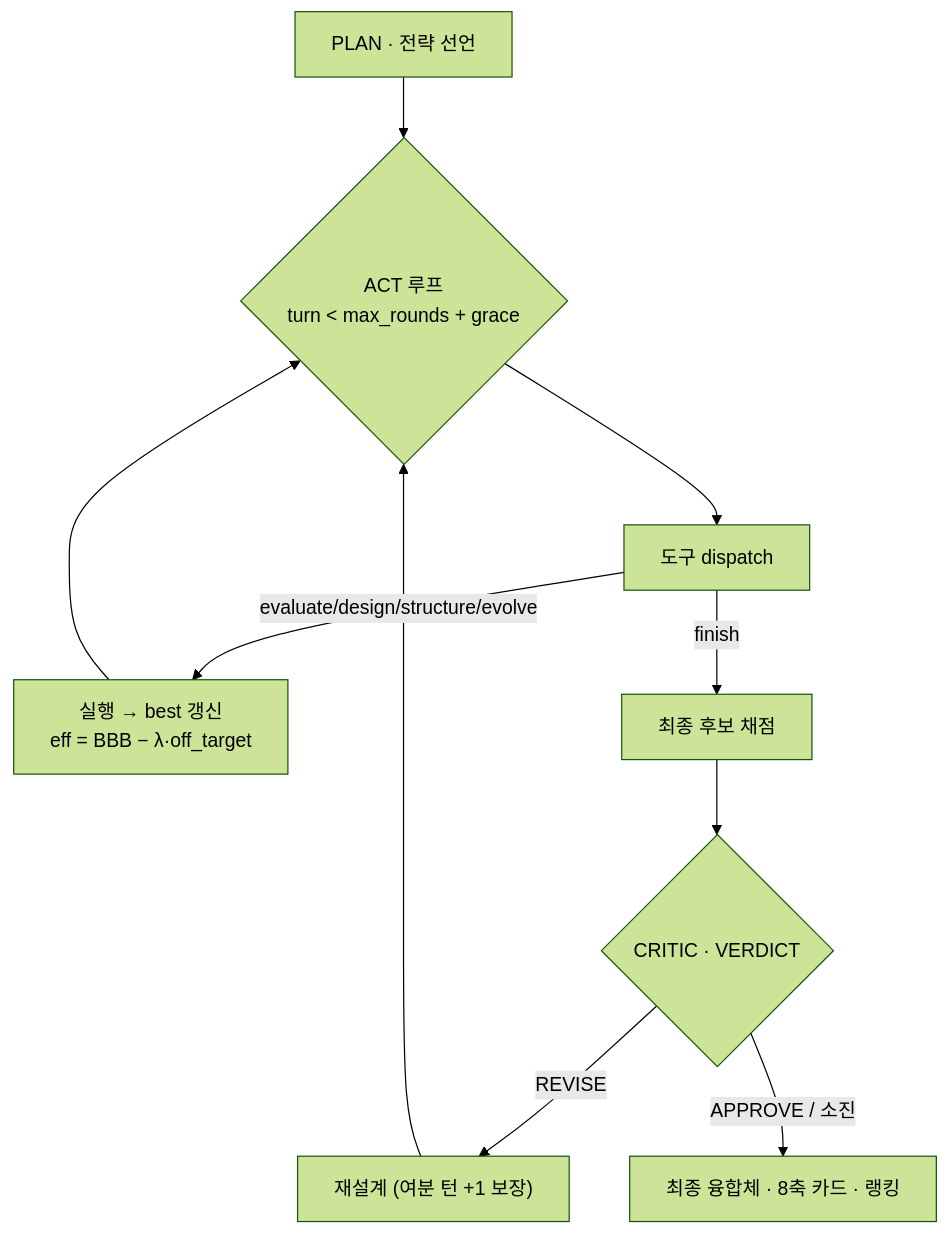
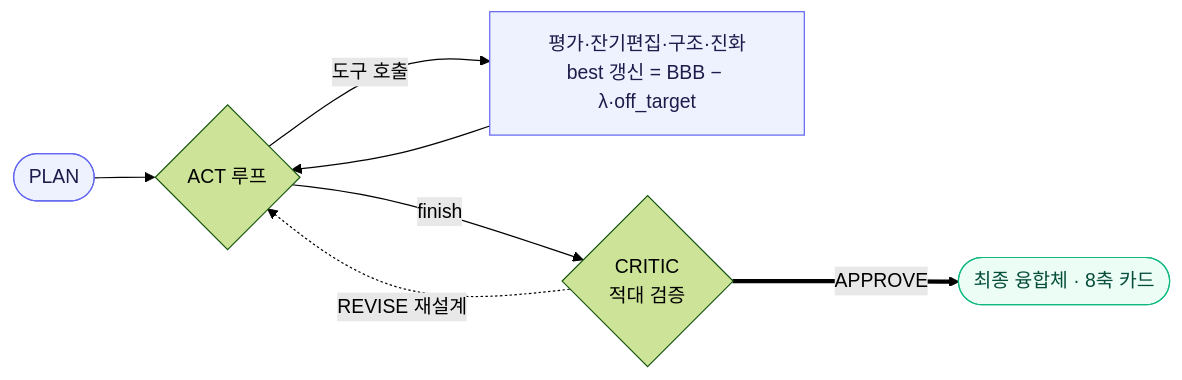
One commit to yunseul6028/BBB-Optimizer changed the second of 2 diagrams in README.md. Above: the diagram before and after it, drawn with Mermaid (forest theme). The commit also changed other lines of this file, not shown here.

First line of the commit message:
docs(README): 아키텍처 다이어그램 컴팩트·스타일 개선

````diff
--- a/README.md
+++ b/README.md
@@ -75,11 +77,13 @@
 ```mermaid
-flowchart TD
-  P["PLAN · 전략 선언"] --> LOOP{"ACT 루프<br/>turn < max_rounds + grace"}
-  LOOP --> DISP["도구 dispatch"]
-  DISP -->|"evaluate/design/structure/evolve"| T["실행 → best 갱신<br/>eff = BBB − λ·off_target"]
-  T --> LOOP
-  DISP -->|"finish"| SC["최종 후보 채점"]
-  SC --> CRITIC{"CRITIC · VERDICT"}
-  CRITIC -->|"REVISE"| REV["재설계 (여분 턴 +1 보장)"] --> LOOP
-  CRITIC -->|"APPROVE / 소진"| OUT["최종 융합체 · 8축 카드 · 랭킹"]
+flowchart LR
+  P(["PLAN"]) --> L{"ACT 루프"}
+  L -->|도구 호출| T["평가·잔기편집·구조·진화<br/>best 갱신 = BBB − λ·off_target"]
+  T --> L
+  L -->|finish| C{"CRITIC<br/>적대 검증"}
+  C -.->|REVISE 재설계| L
+  C ==>|APPROVE| O(["최종 융합체 · 8축 카드"])
+  classDef step fill:#eef2ff,stroke:#6366f1,color:#1e1b4b;
+  classDef ok fill:#ecfdf5,stroke:#10b981,color:#064e3b;
+  class P,T step
+  class O ok
 ```
````
